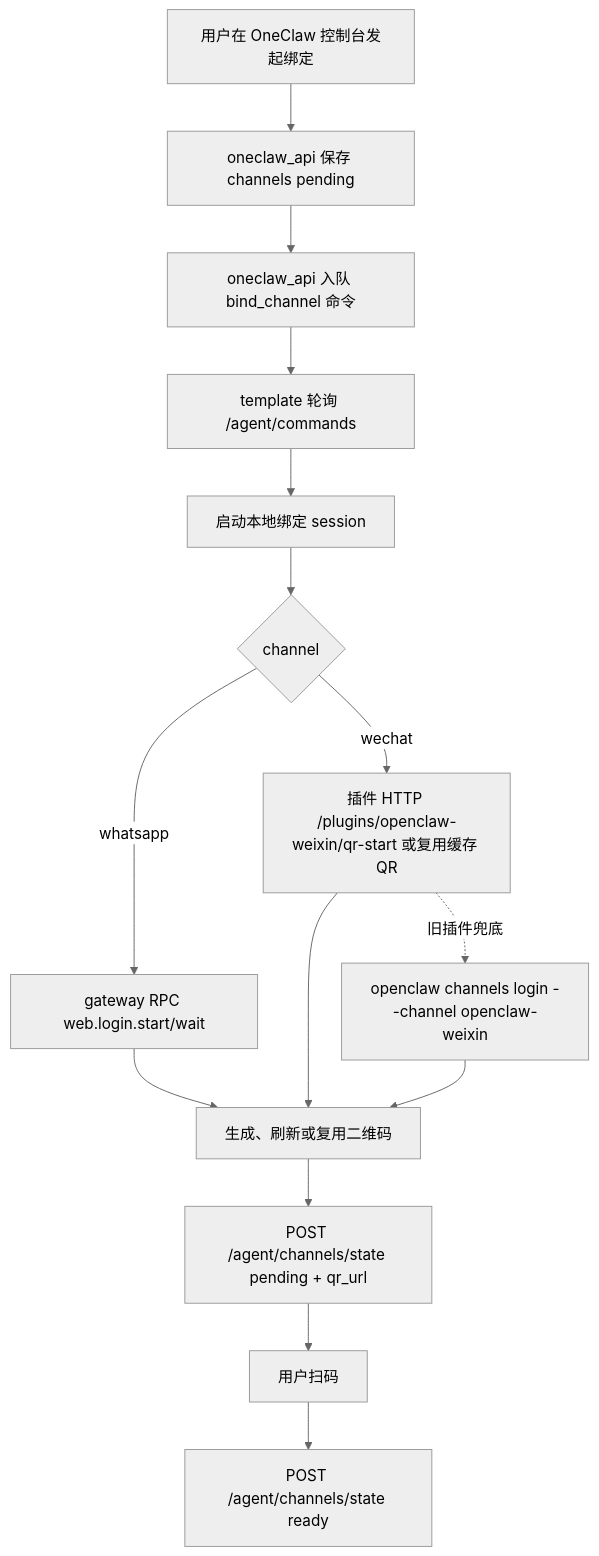
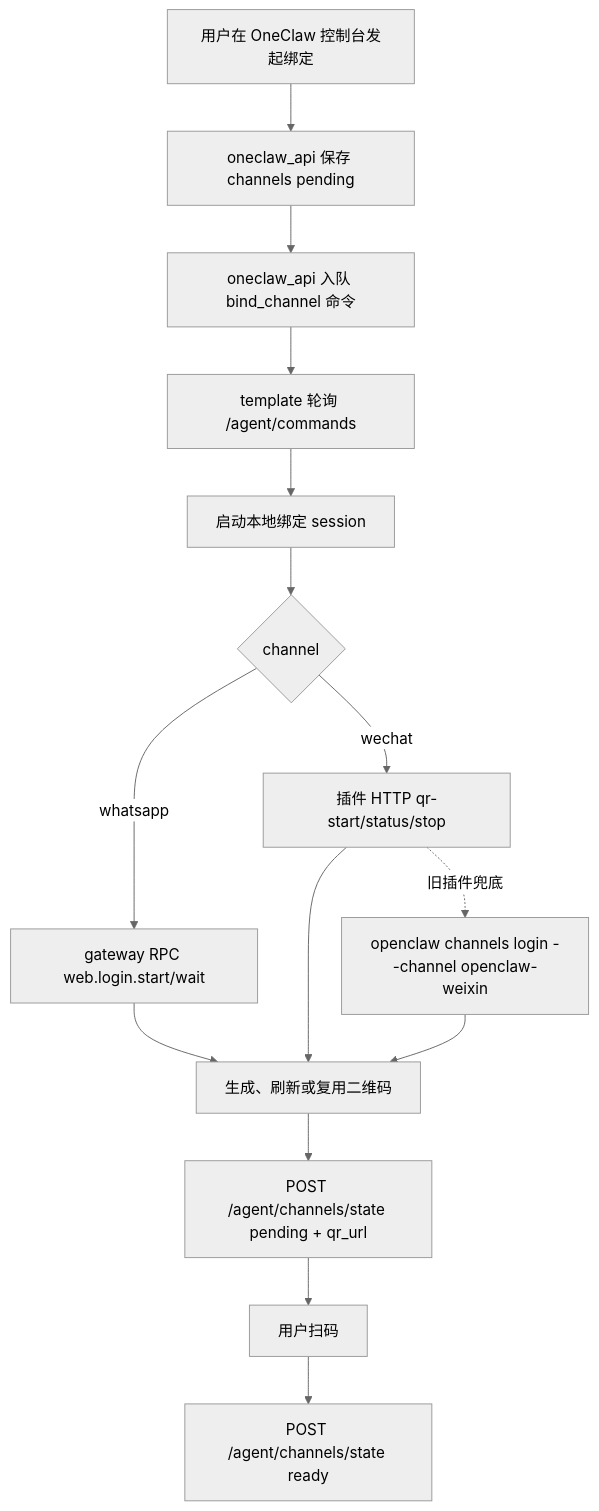
The second of 8 diagrams in docs/business-logic.md (runtopia/openclaw-template), drawn with Mermaid (neutral theme) before and after one commit. The commit also changed other lines of this file and 1 other file, not shown here.

````diff
--- a/docs/business-logic.md
+++ b/docs/business-logic.md
@@ -312,17 +312,17 @@
 ```mermaid
 flowchart TD
     A["用户在 OneClaw 控制台发起绑定"] --> B["oneclaw_api 保存 channels pending"]
     B --> C["oneclaw_api 入队 bind_channel 命令"]
     C --> D["template 轮询 /agent/commands"]
     D --> E["启动本地绑定 session"]
     E --> F{"channel"}
     F -- "whatsapp" --> G["gateway RPC web.login.start/wait"]
-    F -- "wechat" --> H["插件 HTTP /plugins/openclaw-weixin/qr-start 或复用缓存 QR"]
+    F -- "wechat" --> H["插件 HTTP qr-start/status/stop"]
     H -. "旧插件兜底" .-> M["openclaw channels login --channel openclaw-weixin"]
     G --> I["生成、刷新或复用二维码"]
     H --> I
     M --> I
     I --> J["POST /agent/channels/state pending + qr_url"]
     J --> K["用户扫码"]
     K --> L["POST /agent/channels/state ready"]
 ```
````
